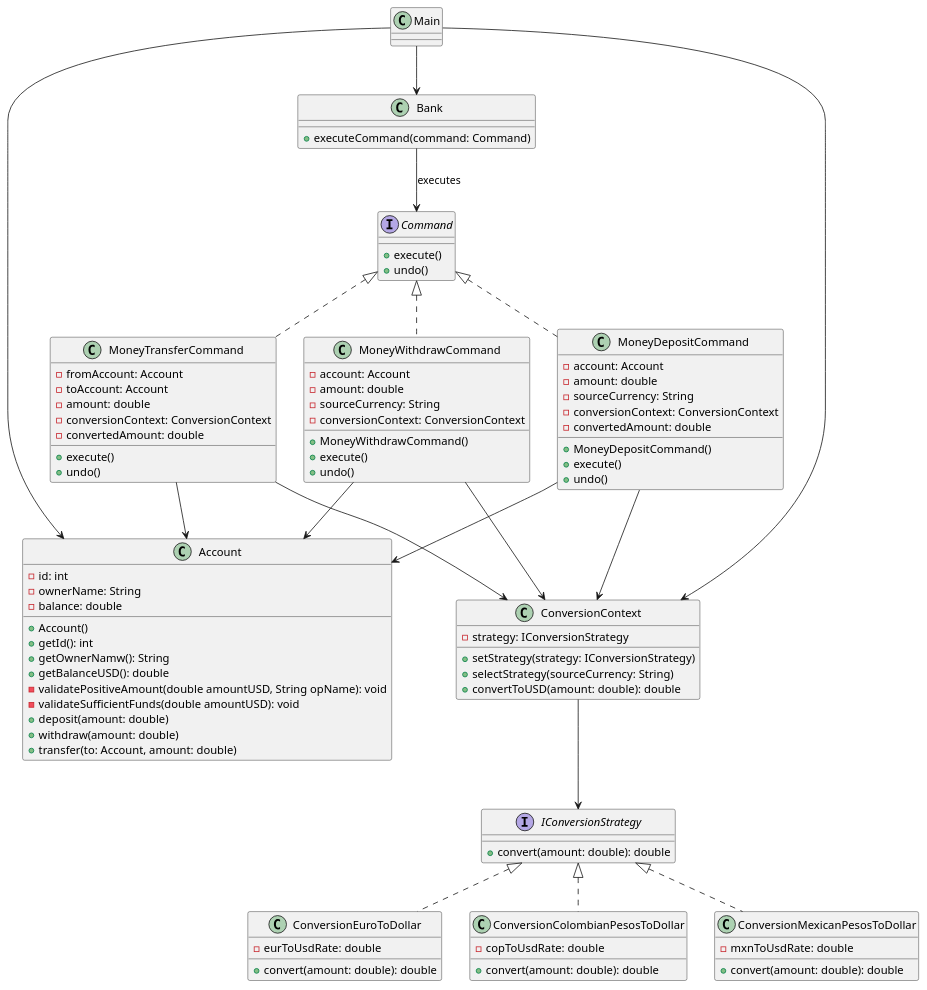
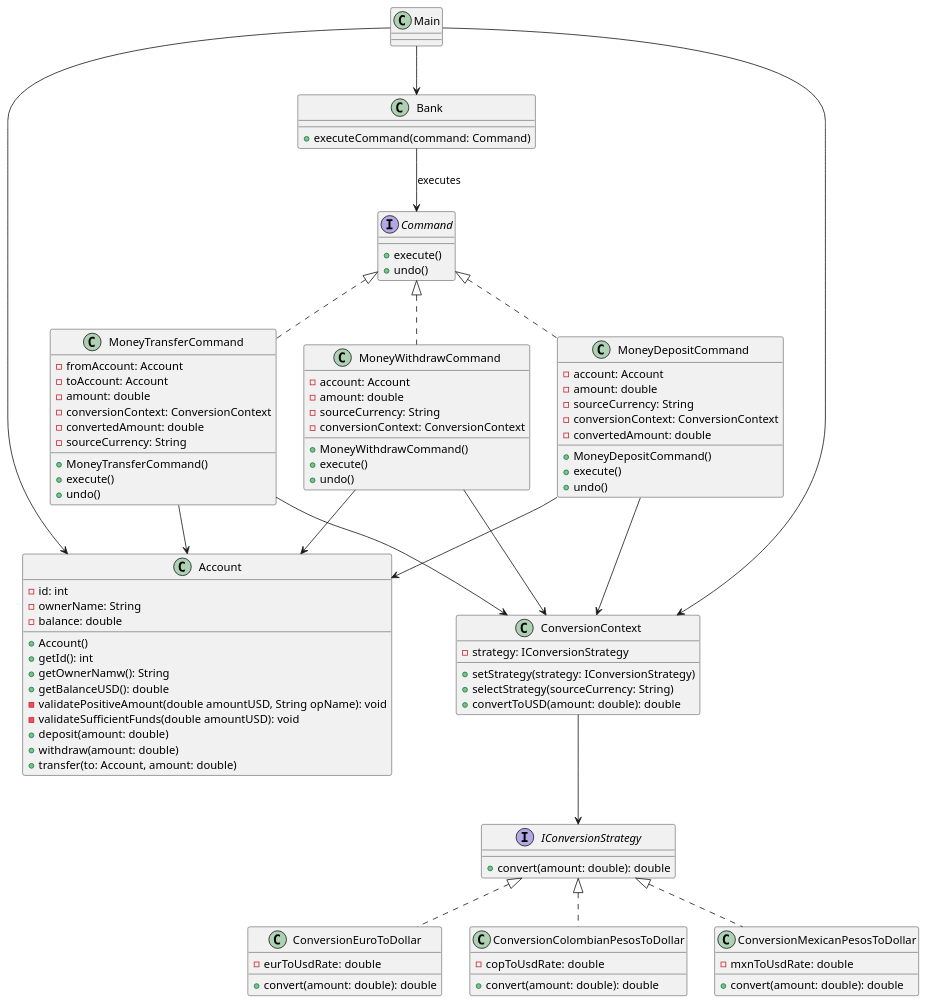
One commit to Jhon-Cortez/Strategy-Command changed the diagram in DiagramaClases.wsd. Above: the diagram before and after it, drawn with PlantUML.

Commit message:
Atributos y metodos de la clase MoneyTransferCommand

```diff
--- a/DiagramaClases.wsd
+++ b/DiagramaClases.wsd
@@ -1,120 +1,122 @@
 @startuml
 
 ' ===== INTERFACES =====
 interface Command {
     +execute()
     +undo()
 }
 
 interface IConversionStrategy {
     +convert(amount: double): double
 }
 
 ' ===== CORE =====
 class Account {
     -id: int
     -ownerName: String 
     -balance: double
     +Account()
     +getId(): int
     +getOwnerNamw(): String
     +getBalanceUSD(): double
     -validatePositiveAmount(double amountUSD, String opName): void
     -validateSufficientFunds(double amountUSD): void
     +deposit(amount: double)
     +withdraw(amount: double)
     +transfer(to: Account, amount: double)
 }
 
 class Bank {
     +executeCommand(command: Command)
 }
 
 class Main
 
 ' ===== COMMANDS =====
 class MoneyDepositCommand {
     -account: Account
     -amount: double
     -sourceCurrency: String
     -conversionContext: ConversionContext
     -convertedAmount: double
     +MoneyDepositCommand()
     +execute()
     +undo()
     ' -convert(): double
 }
 
 class MoneyWithdrawCommand {
     -account: Account
     -amount: double
     -sourceCurrency: String
     -conversionContext: ConversionContext
     +MoneyWithdrawCommand()
     +execute()
     +undo()
 }
 
 class MoneyTransferCommand {
     -fromAccount: Account
     -toAccount: Account
     -amount: double
     -conversionContext: ConversionContext
     -convertedAmount: double
+    -sourceCurrency: String
+    +MoneyTransferCommand()
     +execute()
     +undo()
 }
 
 ' ===== STRATEGY CONTEXT =====
 class ConversionContext {
     -strategy: IConversionStrategy
     +setStrategy(strategy: IConversionStrategy)
     +selectStrategy(sourceCurrency: String)
     +convertToUSD(amount: double): double
 }
 
 ' ===== STRATEGIES =====
 class ConversionEuroToDollar {
     -eurToUsdRate: double
     +convert(amount: double): double
 }
 
 class ConversionColombianPesosToDollar {
     -copToUsdRate: double
     +convert(amount: double): double
 }
 
 class ConversionMexicanPesosToDollar {
     -mxnToUsdRate: double
     +convert(amount: double): double
 }
 
 ' ===== RELATIONSHIPS =====
 
 ' Command pattern
 Command <|.. MoneyDepositCommand
 Command <|.. MoneyWithdrawCommand
 Command <|.. MoneyTransferCommand
 Bank --> Command : executes
 
 ' Account usage
 MoneyDepositCommand --> Account
 MoneyWithdrawCommand --> Account
 MoneyTransferCommand --> Account
 
 ' Strategy pattern
 IConversionStrategy <|.. ConversionEuroToDollar
 IConversionStrategy <|.. ConversionColombianPesosToDollar
 IConversionStrategy <|.. ConversionMexicanPesosToDollar
 
 ConversionContext --> IConversionStrategy
 MoneyDepositCommand --> ConversionContext
 MoneyWithdrawCommand --> ConversionContext
 MoneyTransferCommand --> ConversionContext
 
 ' Main usage
 Main --> Bank
 Main --> Account
 Main --> ConversionContext
 
 @enduml
```
